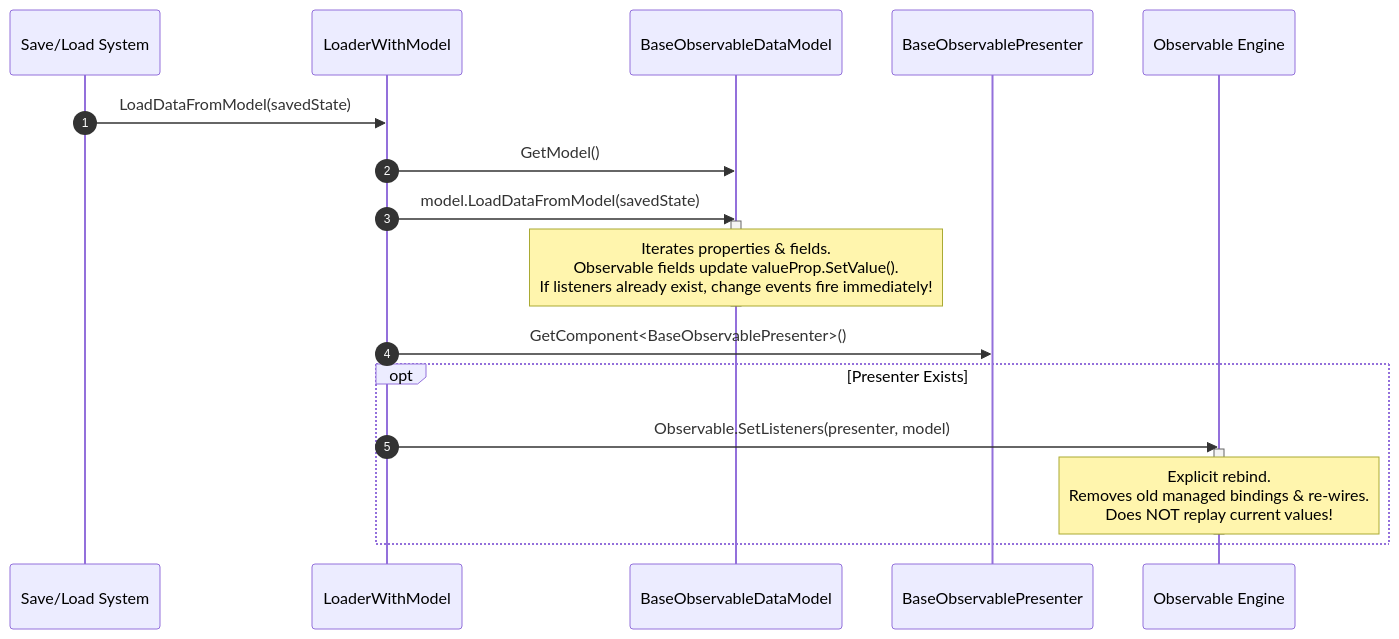
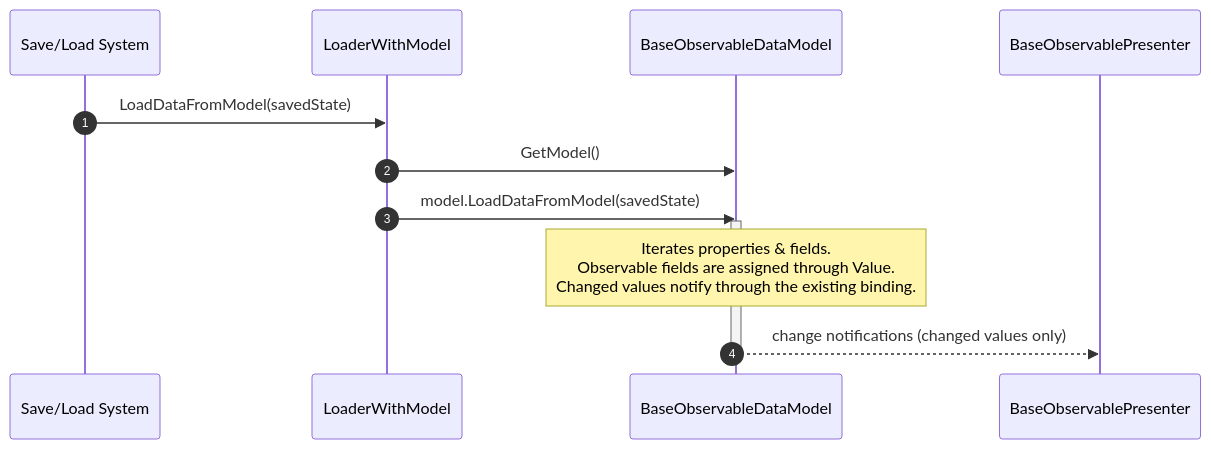
One commit to alexxtaurus83/unity-savableobservable changed the fifth of 5 diagrams in Packages/com.evialdev.savableobservable/Documentation~/UnityLifecycle.md. Above: the diagram before and after it, drawn with Mermaid. The commit also changed other lines of this file and 65 other files, not shown here.

````diff
--- a/Packages/com.evialdev.savableobservable/Documentation~/UnityLifecycle.md
+++ b/Packages/com.evialdev.savableobservable/Documentation~/UnityLifecycle.md
@@ -211,23 +200,16 @@
 ```mermaid
 sequenceDiagram
     autonumber
     participant SaveMgr as Save/Load System
     participant LDR as LoaderWithModel
     participant M as BaseObservableDataModel
     participant P as BaseObservablePresenter
-    participant Obs as Observable Engine
 
     SaveMgr->>LDR: LoadDataFromModel(savedState)
     LDR->>M: GetModel()
     LDR->>M: model.LoadDataFromModel(savedState)
     activate M
-    Note over M: Iterates properties & fields.<br/>Observable fields update valueProp.SetValue().<br/>If listeners already exist, change events fire immediately!
+    Note over M: Iterates properties & fields.<br/>Observable fields are assigned through Value.<br/>Changed values notify through the existing binding.
+    M-->>P: change notifications (changed values only)
     deactivate M
-    LDR->>P: GetComponent<BaseObservablePresenter>()
-    opt Presenter Exists
-        LDR->>Obs: Observable.SetListeners(presenter, model)
-        activate Obs
-        Note over Obs: Explicit rebind.<br/>Removes old managed bindings & re-wires.<br/>Does NOT replay current values!
-        deactivate Obs
-    end
 ```
````
